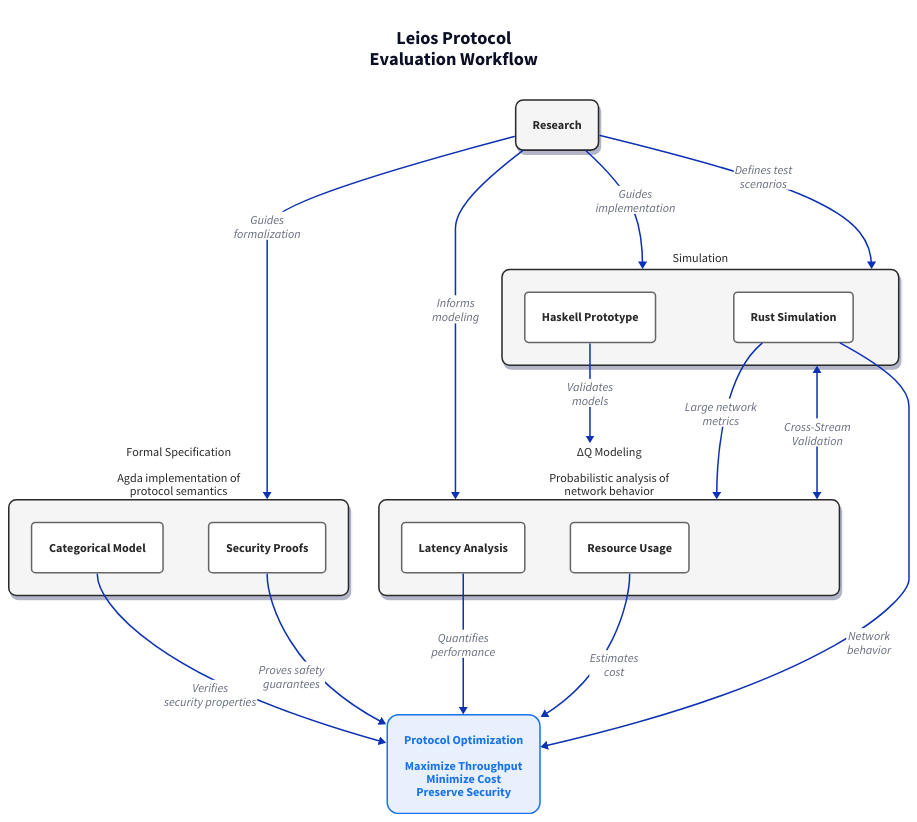
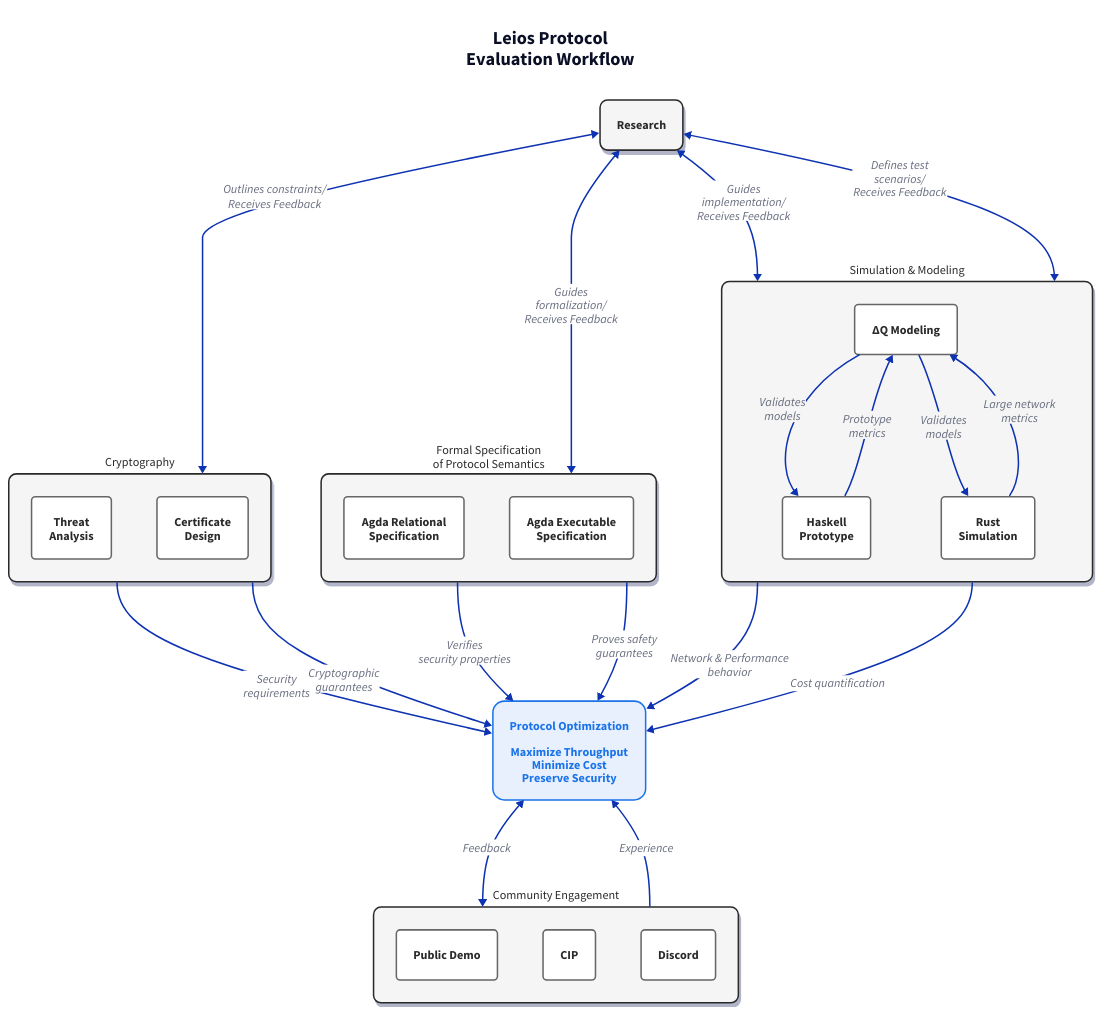
One commit to input-output-hk/ouroboros-leios changed the diagram in docs/overview.d2. Above: the diagram before and after it, drawn with D2.

Commit message:
docs: update overview; added crypto workstream, community driven; merged sims and deltaQ model

```diff
--- a/docs/overview.d2
+++ b/docs/overview.d2
@@ -1,111 +1,150 @@
 title: {
   label: "Leios Protocol\nEvaluation Workflow"
   near: top-center
   style.font-size: 24
   style.bold: true
   style.fill: "#ffffff"
   style.stroke: "#ffffff"
 }
 
 # Styles
 classes: {
   workstream: {
     style: {
       stroke: "#2a2a2a"
       fill: "#f5f5f5"
       font-color: "#2a2a2a"
       font-size: 16
       border-radius: 10
       shadow: true
     }
   }
   output: {
     style: {
       stroke: "#666666"
       fill: "#ffffff"
       font-color: "#2a2a2a"
       border-radius: 5
     }
   }
   goal: {
     style: {
       stroke: "#1a73e8"
       fill: "#e8f0fe"
       font-color: "#1a73e8"
       border-radius: 15
       bold: true
     }
   }
 }
 
 # Work Streams
 Research: {
   class: workstream
 }
 
+Crypto: {
+  class: workstream
+  label: "Cryptography"
+
+  threat: {
+    class: output
+    label: "Threat\nAnalysis"
+  }
+
+  certs: {
+    class: output
+    label: "Certificate\nDesign"
+  }
+}
+
 Formal: {
   class: workstream
-  label: "Formal Specification\n\nAgda implementation of\nprotocol semantics"
+  label: "Formal Specification\nof Protocol Semantics"
 
   spec: {
     class: output
-    label: "Categorical Model"
+    label: "Agda Relational\nSpecification"
   }
 
   proofs: {
     class: output
-    label: "Security Proofs"
-  }
-}
-
-DeltaQ: {
-  class: workstream
-  label: "ΔQ Modeling\n\nProbabilistic analysis of\nnetwork behavior"
-
-  latency: {
-    class: output
-    label: "Latency Analysis"
-  }
-
-  resources: {
-    class: output
-    label: "Resource Usage"
+    label: "Agda Executable\nSpecification"
   }
 }
 
 Simulation: {
+  label: "Simulation & Modeling"
   class: workstream
+
+  DeltaQ: {
+    class: output
+    label: "ΔQ Modeling"
+  }
 
   haskell: {
     class: output
-    label: "Haskell Prototype"
+    label: "Haskell\nPrototype"
   }
 
   rust: {
     class: output
-    label: "Rust Simulation"
+    label: "Rust\nSimulation"
+  }
+}
+
+Outreach: {
+  label: "Community Engagement"
+  class: workstream
+
+  demo: {
+    label: "Public Demo"
+    class: output
+  }
+
+  cip: {
+    label: "CIP"
+    class: output
+  }
+
+  discord: {
+    class: output
+    label: "Discord"
   }
 }
 
 # Goal
 Optimization: {
   class: goal
   label: "Protocol Optimization\n\nMaximize Throughput\nMinimize Cost\nPreserve Security"
 }
 
 # Relationships
-Research -> Formal: "Guides\nformalization"
-Research -> Simulation: "Guides\nimplementation"
-Research -> DeltaQ: "Informs\nmodeling"
-Research -> Simulation: "Defines test\nscenarios"
+Research <-> Crypto: "Outlines constraints/\nReceives Feedback"
+Research <-> Formal: "Guides\nformalization/\nReceives Feedback"
+Research <-> Simulation: "Guides\nimplementation/\nReceives Feedback"
+Research <-> Simulation: "Defines test\nscenarios/\nReceives Feedback"
 
-Formal.spec -> Optimization: "Verifies\nsecurity properties"
-Formal.proofs -> Optimization: "Proves safety\nguarantees"
+Crypto -> Optimization: "Security\nrequirements"
+Crypto -> Optimization: "Cryptographic\nguarantees"
 
-DeltaQ <-> Simulation: "Cross-Stream\nValidation"
-DeltaQ.latency -> Optimization: "Quantifies\nperformance"
-DeltaQ.resources -> Optimization: "Estimates\ncost"
+Formal -> Optimization: "Verifies\nsecurity properties"
+Formal -> Optimization: "Proves safety\nguarantees"
 
-Simulation.haskell -> DeltaQ: "Validates\nmodels"
-Simulation.rust -> DeltaQ: "Large network\nmetrics"
-Simulation.rust -> Optimization: "Network\nbehavior"
+# Simulations.DeltaQ.latency -> Optimization: "Quantifies\nperformance"
+# DeltaQ.resources -> Optimization: "Estimates\ncost"
+
+# Simulation -> Research: "Feedback\nfrom\nsimulations"
+Simulation.DeltaQ -> Simulation.haskell: "Validates\nmodels"
+Simulation.haskell -> Simulation.DeltaQ: "Prototype\nmetrics"
+
+Simulation.DeltaQ -> Simulation.rust: "Validates\nmodels"
+Simulation.rust -> Simulation.DeltaQ: "Large network\nmetrics"
+
+Simulation -> Optimization: "Network & Performance\nbehavior"
+Simulation -> Optimization: "Cost quantification"
+
+Optimization <-> Outreach: "Feedback"
+Optimization <- Outreach: "Experience"
+
+# Research-led, community-driven solution
```
